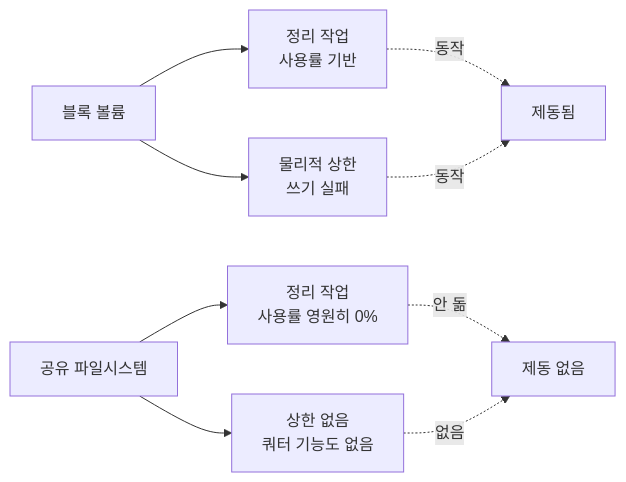
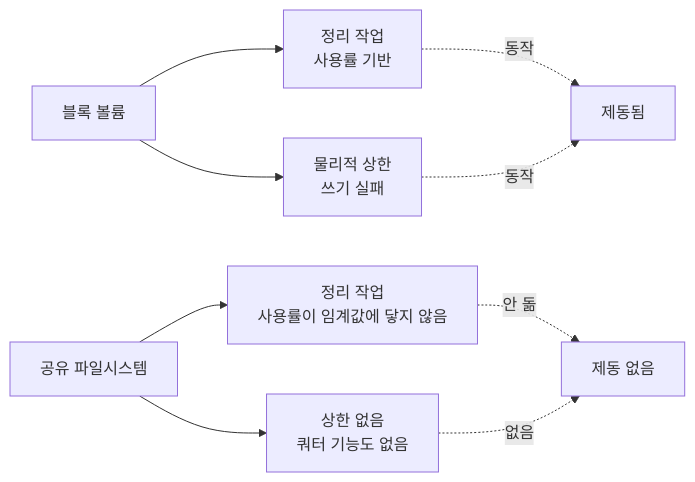
Before and after one commit to kukjun/blog: the diagram in src/content/blog/ko/efs-no-ceiling-gc.md, drawn with Mermaid. The commit also changed other lines of this file and 32 other files, not shown here.

````diff
--- a/src/content/blog/ko/efs-no-ceiling-gc.md
+++ b/src/content/blog/ko/efs-no-ceiling-gc.md
@@ -71,11 +72,11 @@
 ```mermaid
 flowchart LR
   A[블록 볼륨] --> B[정리 작업<br/>사용률 기반]
   A --> C[물리적 상한<br/>쓰기 실패]
-  D[공유 파일시스템] --> E[정리 작업<br/>사용률 영원히 0%]
+  D[공유 파일시스템] --> E[정리 작업<br/>사용률이 임계값에 닿지 않음]
   D --> F[상한 없음<br/>쿼터 기능도 없음]
   B -.->|동작| G[제동됨]
   C -.->|동작| G
   E -.->|안 돎| H[제동 없음]
   F -.->|없음| H
 ```
````
